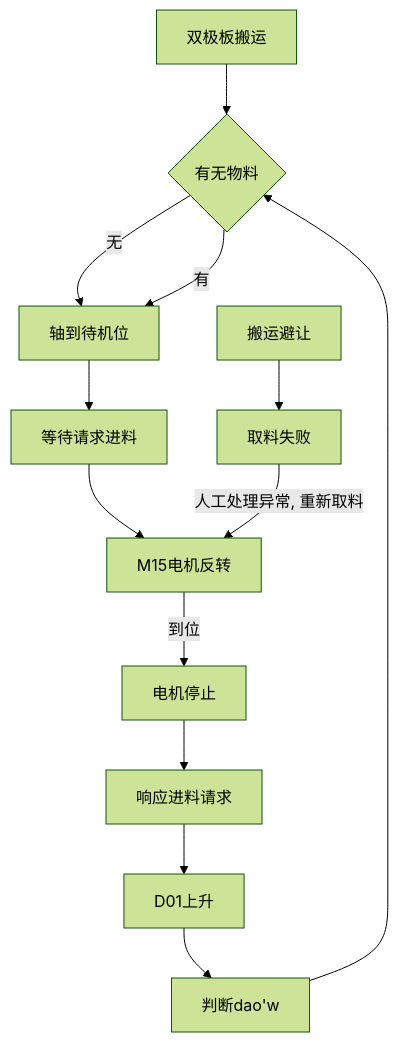
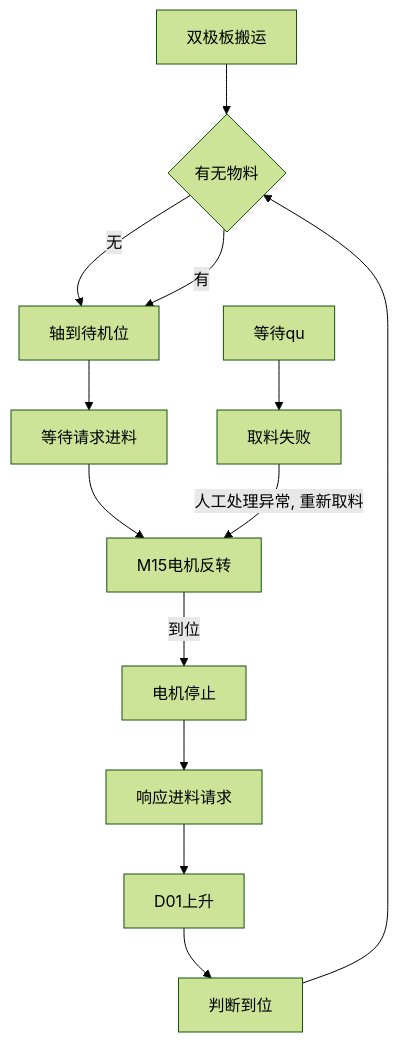
The diagram in all/未命名-1.md (PengKun1/iodraw-files), drawn with Mermaid (forest theme) before and after one commit.

Commit message:
2024-08-20 11:03:37 update

````diff
--- a/all/未命名-1.md
+++ b/all/未命名-1.md
@@ -1,17 +1,17 @@
 ```mermaid
 graph TD
 0[双极板搬运]-->10
 10{有无物料}-->|无|20
 10-->|有|20
 20[轴到待机位]-->30
 30[等待请求进料]-->40
 40[M15电机反转]-->|到位|50
 50[电机停止]-->60
 60[响应进料请求]-->70
 70[D01上升]-->80
-80[判断dao'w]-->10
+80[判断到位]-->10
 
-90[搬运避让]-->900
+90[等待qu]-->900
 
 900[取料失败]-->|人工处理异常, 重新取料|40
 ```
````
